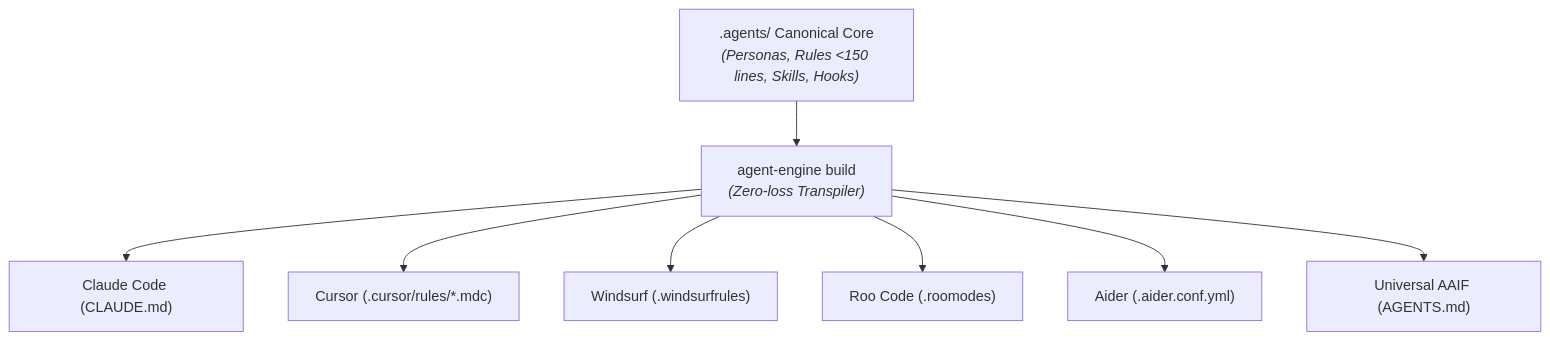
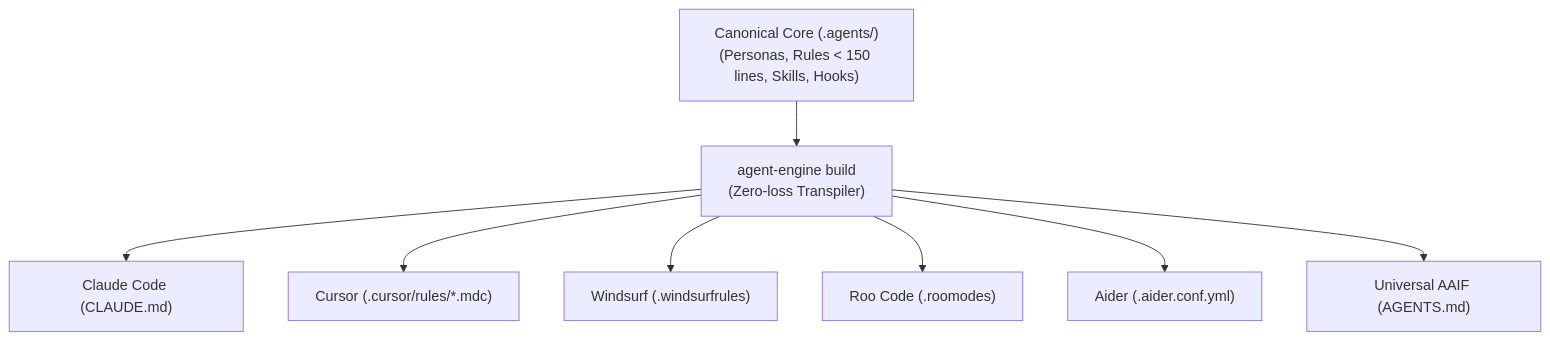
Before and after one commit to jedmamosto/open-agent-engine: the first of 2 diagrams in README.md, drawn with Mermaid. The commit also changed other lines of this file and 7 other files, not shown here.

Commit message:
docs: add ELI5 educational guide and fix diagram rendering

````diff
--- a/README.md
+++ b/README.md
@@ -23,15 +23,14 @@
 ```mermaid
-graph TD
-    Canonical[".agents/ Canonical Core<br/><i>(Personas, Rules &lt;150 lines, Skills, Hooks)</i>"]
-    
-    Compiler["agent-engine build<br/><i>(Zero-loss Transpiler)</i>"]
+flowchart TD
+    Canonical["Canonical Core (.agents/)<br>(Personas, Rules &lt; 150 lines, Skills, Hooks)"]
+    Compiler["agent-engine build<br>(Zero-loss Transpiler)"]
     
     Canonical --> Compiler
     
     Compiler --> C1["Claude Code (CLAUDE.md)"]
     Compiler --> C2["Cursor (.cursor/rules/*.mdc)"]
     Compiler --> C3["Windsurf (.windsurfrules)"]
     Compiler --> C4["Roo Code (.roomodes)"]
     Compiler --> C5["Aider (.aider.conf.yml)"]
     Compiler --> C6["Universal AAIF (AGENTS.md)"]
 ```
````
